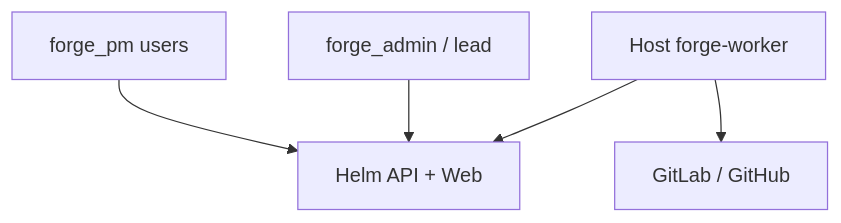
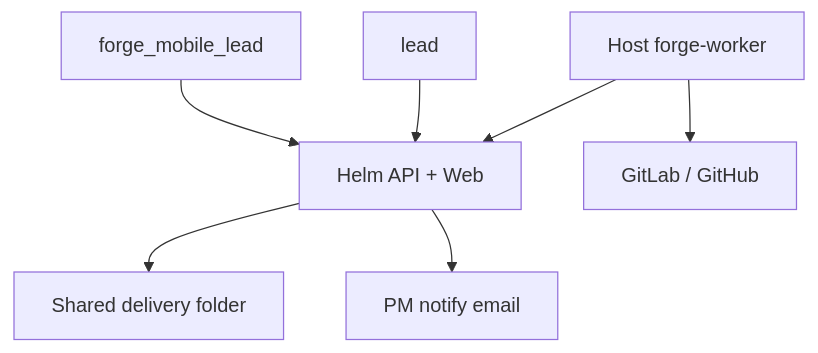
One commit to mitf-dev-space/dev-office-assistance changed the diagram in docs/forge/architecture/system-context.md. Above: the diagram before and after it, drawn with Mermaid. The commit also changed other lines of this file and 90 other files, not shown here.

First line of the commit message:
feat: ship Forge mobile-lead delivery, Helm emails, and AI assist

````diff
--- a/docs/forge/architecture/system-context.md
+++ b/docs/forge/architecture/system-context.md
@@ -11,12 +9,16 @@
 ```mermaid
 flowchart TB
-  PM["forge_pm users"]
-  Admin["forge_admin / lead"]
+  MobileLead["forge_mobile_lead"]
+  Lead["lead"]
+  SharedFolder["Shared delivery folder"]
   Helm["Helm API + Web"]
   Git["GitLab / GitHub"]
   Worker["Host forge-worker"]
-  PM --> Helm
-  Admin --> Helm
+  PmEmail["PM notify email"]
+  MobileLead --> Helm
+  Lead --> Helm
   Worker --> Helm
   Worker --> Git
+  Helm --> SharedFolder
+  Helm --> PmEmail
 ```
````
